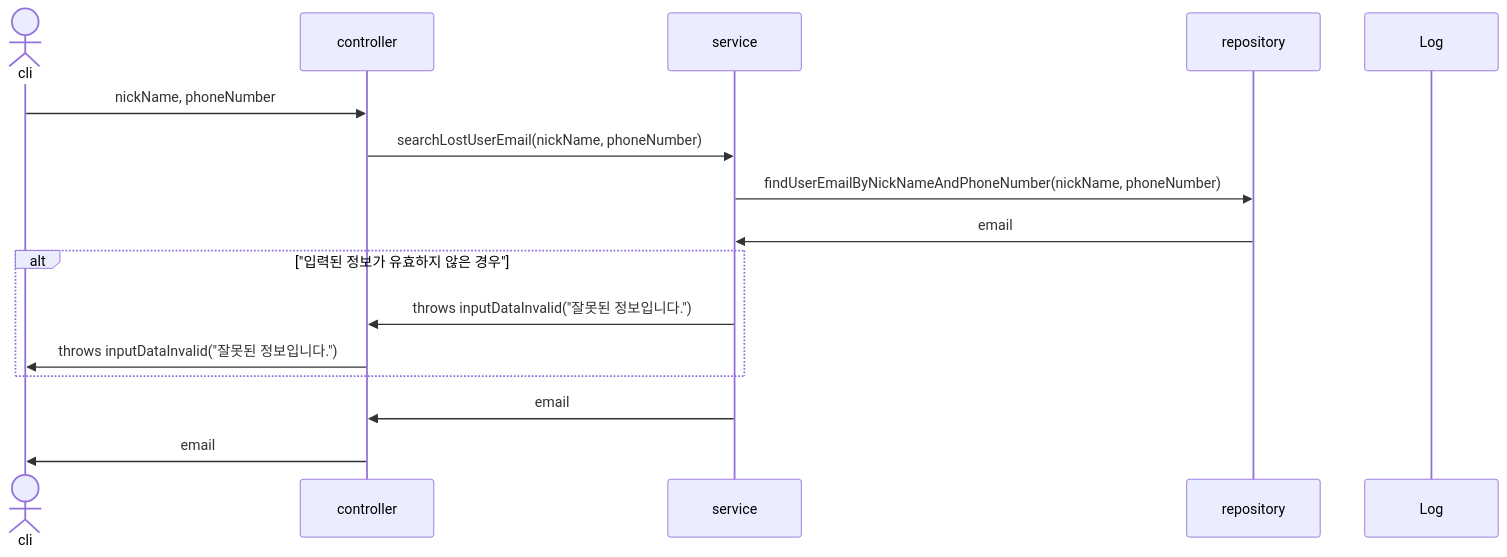
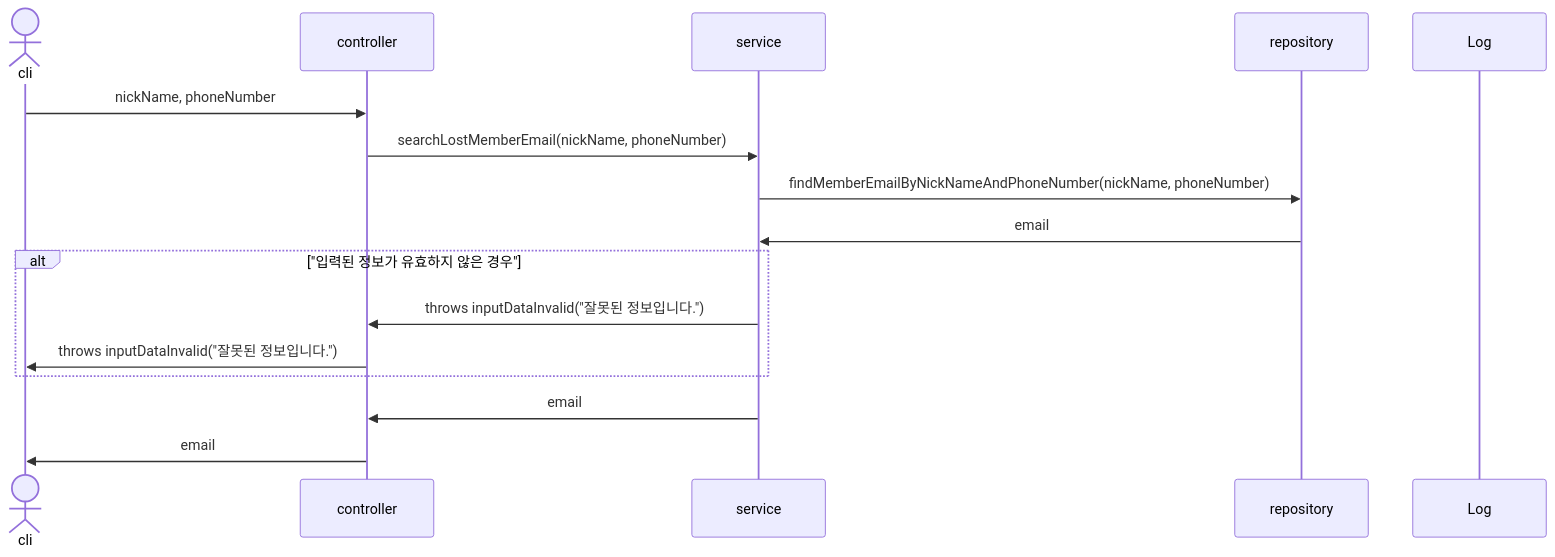
One commit to mtak0235/snsX changed the tenth of 28 diagrams in sequence.md. Above: the diagram before and after it, drawn with Mermaid. The commit also changed other lines of this file, not shown here.

Commit message:
update user -> member & savePost sequence diagram

````diff
--- a/sequence.md
+++ b/sequence.md
@@ -177,19 +177,19 @@
 ```mermaid
 sequenceDiagram
 actor cli
 participant c as controller
 participant s as service
 participant r as repository
 participant l as Log
 
 cli->>c: nickName, phoneNumber
-c->>s: searchLostUserEmail(nickName, phoneNumber)
-s->>r: findUserEmailByNickNameAndPhoneNumber(nickName, phoneNumber)
+c->>s: searchLostMemberEmail(nickName, phoneNumber)
+s->>r: findMemberEmailByNickNameAndPhoneNumber(nickName, phoneNumber)
 r->>s: email
 alt "입력된 정보가 유효하지 않은 경우"
 s->>c: throws inputDataInvalid("잘못된 정보입니다.")
 c->>cli: throws inputDataInvalid("잘못된 정보입니다.")
 end
 s->>c: email
 c->>cli: email
 ```
````
